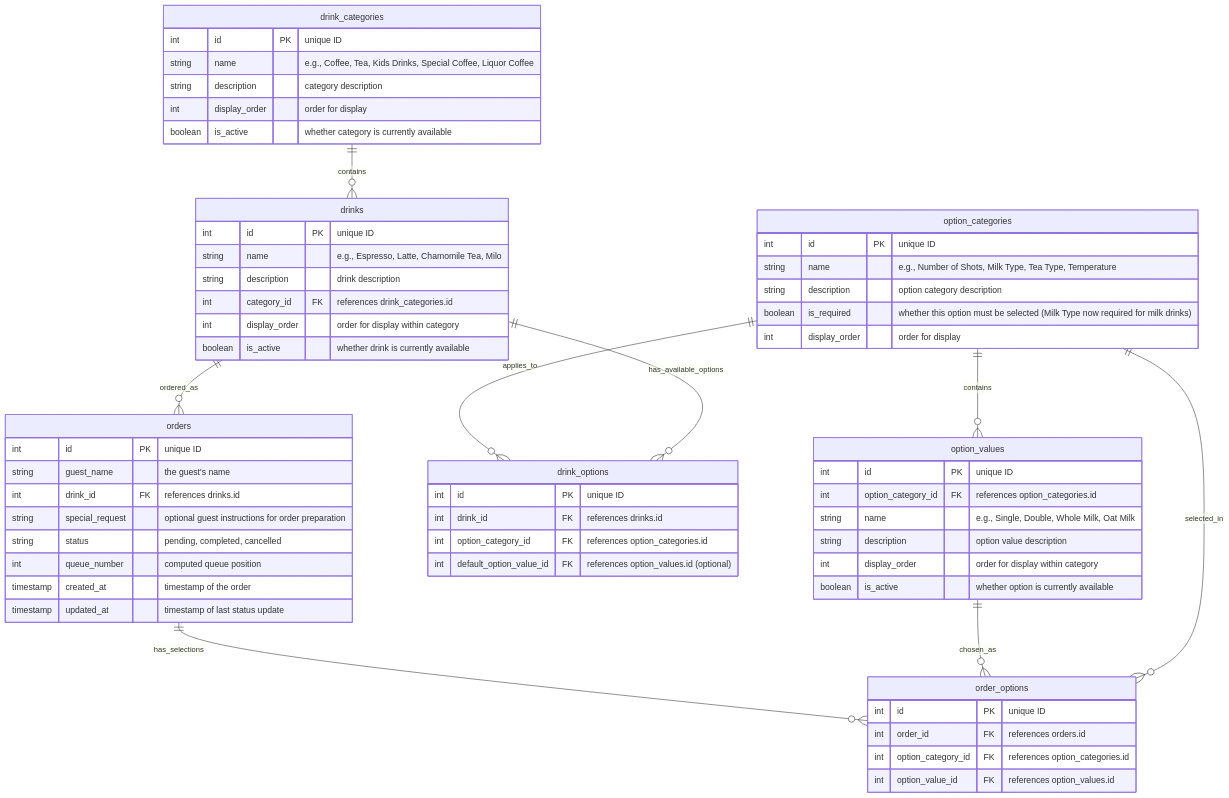
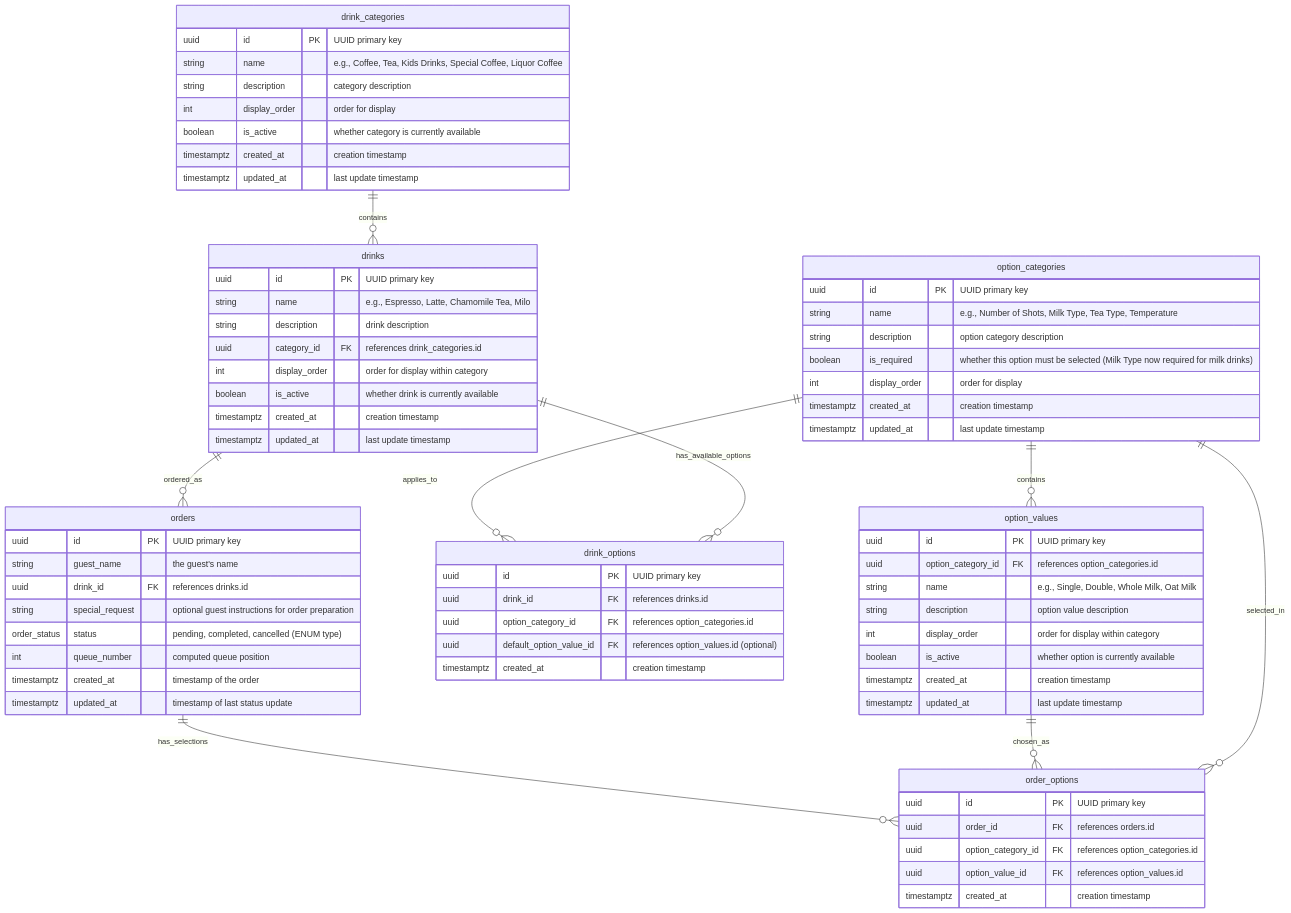
Before and after one commit to raffertyuy/uy-kape: the diagram in docs/specs/db_schema.md, drawn with Mermaid. The commit also changed other lines of this file and 20 other files, not shown here.

````diff
--- a/docs/specs/db_schema.md
+++ b/docs/specs/db_schema.md
@@ -7,70 +7,80 @@
 ```mermaid
 erDiagram
     drink_categories {
-        int id PK "unique ID"
+        uuid id PK "UUID primary key"
         string name "e.g., Coffee, Tea, Kids Drinks, Special Coffee, Liquor Coffee"
         string description "category description"
         int display_order "order for display"
         boolean is_active "whether category is currently available"
+        timestamptz created_at "creation timestamp"
+        timestamptz updated_at "last update timestamp"
     }
     
     drinks {
-        int id PK "unique ID"
+        uuid id PK "UUID primary key"
         string name "e.g., Espresso, Latte, Chamomile Tea, Milo"
         string description "drink description"
-        int category_id FK "references drink_categories.id"
+        uuid category_id FK "references drink_categories.id"
         int display_order "order for display within category"
         boolean is_active "whether drink is currently available"
+        timestamptz created_at "creation timestamp"
+        timestamptz updated_at "last update timestamp"
     }
     
     option_categories {
-        int id PK "unique ID"
+        uuid id PK "UUID primary key"
         string name "e.g., Number of Shots, Milk Type, Tea Type, Temperature"
         string description "option category description"
         boolean is_required "whether this option must be selected (Milk Type now required for milk drinks)"
         int display_order "order for display"
+        timestamptz created_at "creation timestamp"
+        timestamptz updated_at "last update timestamp"
     }
     
     option_values {
-        int id PK "unique ID"
-        int option_category_id FK "references option_categories.id"
+        uuid id PK "UUID primary key"
+        uuid option_category_id FK "references option_categories.id"
         string name "e.g., Single, Double, Whole Milk, Oat Milk"
         string description "option value description"
         int display_order "order for display within category"
         boolean is_active "whether option is currently available"
+        timestamptz created_at "creation timestamp"
+        timestamptz updated_at "last update timestamp"
     }
     
     drink_options {
-        int id PK "unique ID"
-        int drink_id FK "references drinks.id"
-        int option_category_id FK "references option_categories.id"
-        int default_option_value_id FK "references option_values.id (optional)"
+        uuid id PK "UUID primary key"
+        uuid drink_id FK "references drinks.id"
+        uuid option_category_id FK "references option_categories.id"
+        uuid default_option_value_id FK "references option_values.id (optional)"
+        timestamptz created_at "creation timestamp"
     }
     
     orders {
-        int id PK "unique ID"
+        uuid id PK "UUID primary key"
         string guest_name "the guest's name"
-        int drink_id FK "references drinks.id"
+        uuid drink_id FK "references drinks.id"
         string special_request "optional guest instructions for order preparation"
-        string status "pending, completed, cancelled"
+        order_status status "pending, completed, cancelled (ENUM type)"
         int queue_number "computed queue position"
-        timestamp created_at "timestamp of the order"
-        timestamp updated_at "timestamp of last status update"
+        timestamptz created_at "timestamp of the order"
+        timestamptz updated_at "timestamp of last status update"
     }
     
     order_options {
-        int id PK "unique ID"
-        int order_id FK "references orders.id"
-        int option_category_id FK "references option_categories.id"
-        int option_value_id FK "references option_values.id"
+        uuid id PK "UUID primary key"
+        uuid order_id FK "references orders.id"
+        uuid option_category_id FK "references option_categories.id"
+        uuid option_value_id FK "references option_values.id"
+        timestamptz created_at "creation timestamp"
     }
     
     drink_categories ||--o{ drinks : contains
     drinks ||--o{ drink_options : has_available_options
     drinks ||--o{ orders : ordered_as
     option_categories ||--o{ option_values : contains
     option_categories ||--o{ drink_options : applies_to
     option_categories ||--o{ order_options : selected_in
     option_values ||--o{ order_options : chosen_as
     orders ||--o{ order_options : has_selections
 ```
````
